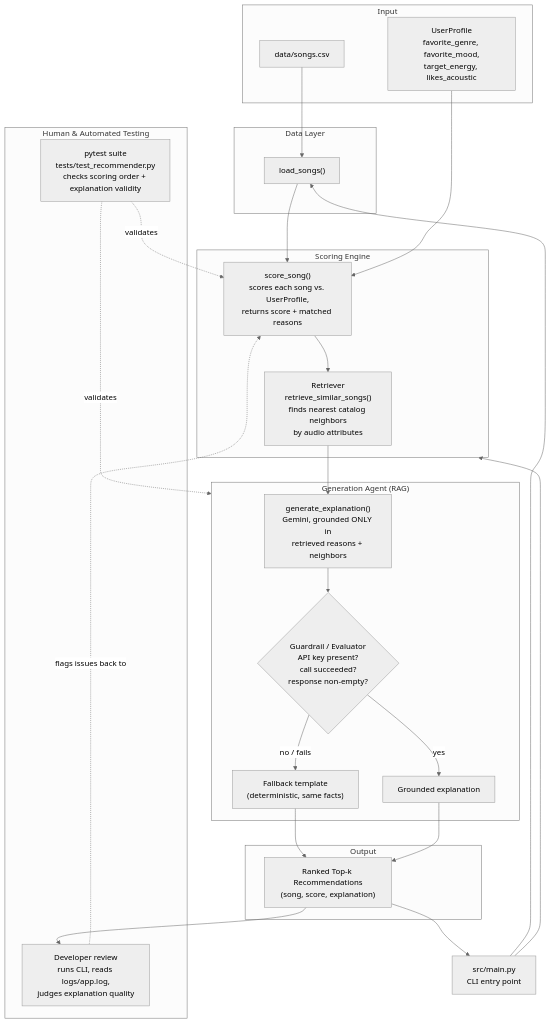
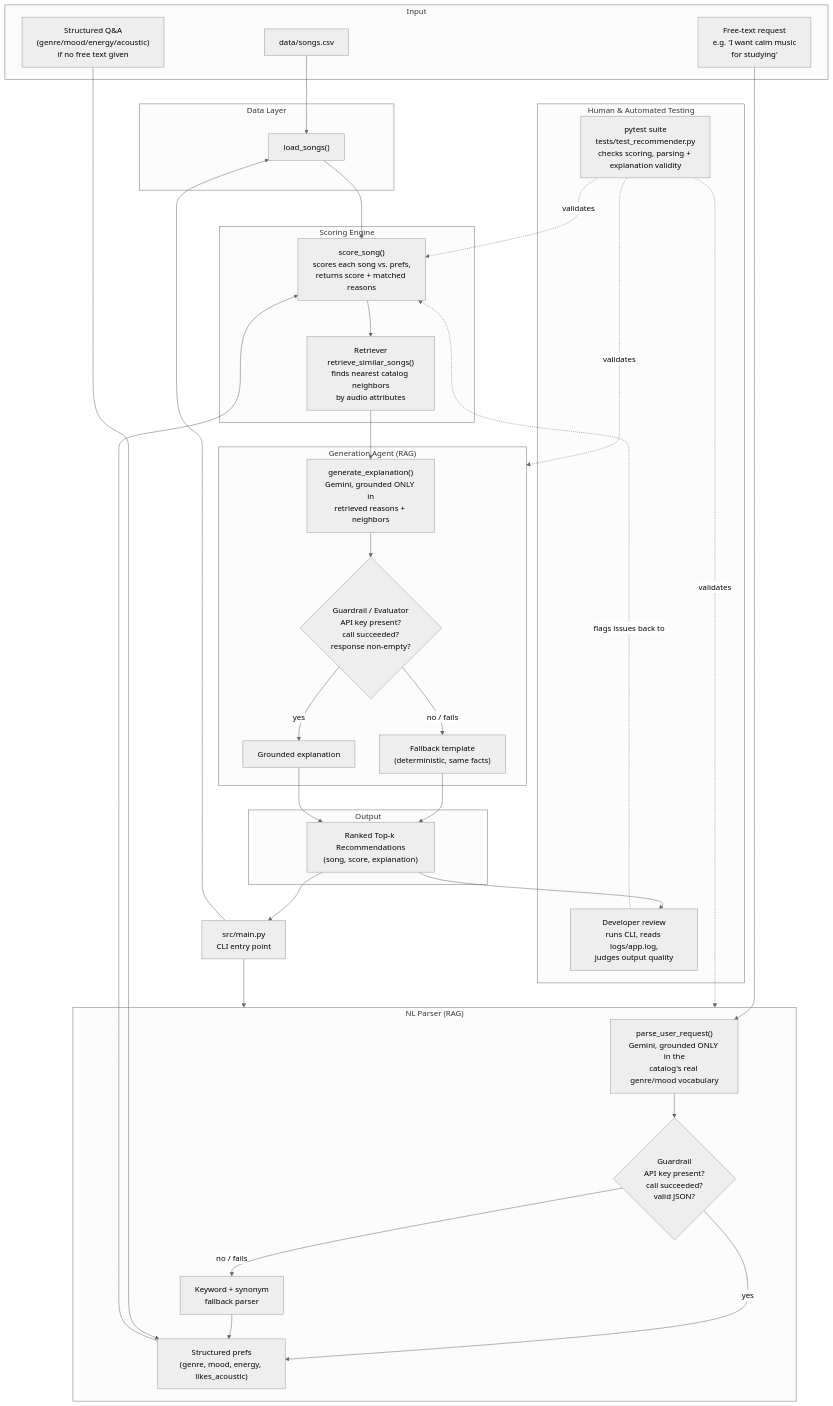
The diagram in diagrams/architecture.mmd (danielled101/applied-ai-system-project), drawn with Mermaid (neutral theme) before and after one commit. The commit also changed 4 other files, not shown here.

Commit message:
Update README and architecture diagram; enhance user input handling in main.py and recommender.py

```diff
--- a/diagrams/architecture.mmd
+++ b/diagrams/architecture.mmd
@@ -1,46 +1,58 @@
 flowchart TD
     subgraph Input
         A["data/songs.csv"]
-        B["UserProfile<br/>favorite_genre, favorite_mood,<br/>target_energy, likes_acoustic"]
+        B["Free-text request<br/>e.g. 'I want calm music<br/>for studying'"]
+        B2["Structured Q&A<br/>(genre/mood/energy/acoustic)<br/>if no free text given"]
     end
 
     subgraph DataLayer["Data Layer"]
         C["load_songs()"]
         A --> C
     end
 
+    subgraph Parser["NL Parser (RAG)"]
+        P["parse_user_request()<br/>Gemini, grounded ONLY in the<br/>catalog's real genre/mood vocabulary"]
+        PG{"Guardrail<br/>API key present?<br/>call succeeded?<br/>valid JSON?"}
+        B --> P --> PG
+        PG -- "no / fails" --> PF["Keyword + synonym<br/>fallback parser"]
+        PG -- "yes" --> PS["Structured prefs<br/>(genre, mood, energy, likes_acoustic)"]
+        PF --> PS
+        B2 --> PS
+    end
+
     subgraph Engine["Scoring Engine"]
-        D["score_song()<br/>scores each song vs. UserProfile,<br/>returns score + matched reasons"]
+        D["score_song()<br/>scores each song vs. prefs,<br/>returns score + matched reasons"]
         E["Retriever<br/>retrieve_similar_songs()<br/>finds nearest catalog neighbors<br/>by audio attributes"]
         C --> D
-        B --> D
+        PS --> D
         D --> E
     end
 
     subgraph Agent["Generation Agent (RAG)"]
         F["generate_explanation()<br/>Gemini, grounded ONLY in<br/>retrieved reasons + neighbors"]
         G{"Guardrail / Evaluator<br/>API key present?<br/>call succeeded?<br/>response non-empty?"}
         E --> F --> G
         G -- "no / fails" --> H["Fallback template<br/>(deterministic, same facts)"]
         G -- "yes" --> I["Grounded explanation"]
     end
 
     subgraph Output
         J["Ranked Top-k Recommendations<br/>(song, score, explanation)"]
         H --> J
         I --> J
     end
 
     subgraph HumanCheck["Human & Automated Testing"]
-        K["pytest suite<br/>tests/test_recommender.py<br/>checks scoring order + explanation validity"]
-        L["Developer review<br/>runs CLI, reads logs/app.log,<br/>judges explanation quality"]
+        K["pytest suite<br/>tests/test_recommender.py<br/>checks scoring, parsing + explanation validity"]
+        L["Developer review<br/>runs CLI, reads logs/app.log,<br/>judges output quality"]
     end
 
+    K -. validates .-> Parser
     K -. validates .-> D
     K -. validates .-> Agent
     J --> L
     L -. flags issues back to .-> D
 
     M["src/main.py<br/>CLI entry point"] --> C
-    M --> Engine
+    M --> Parser
     J --> M
```
